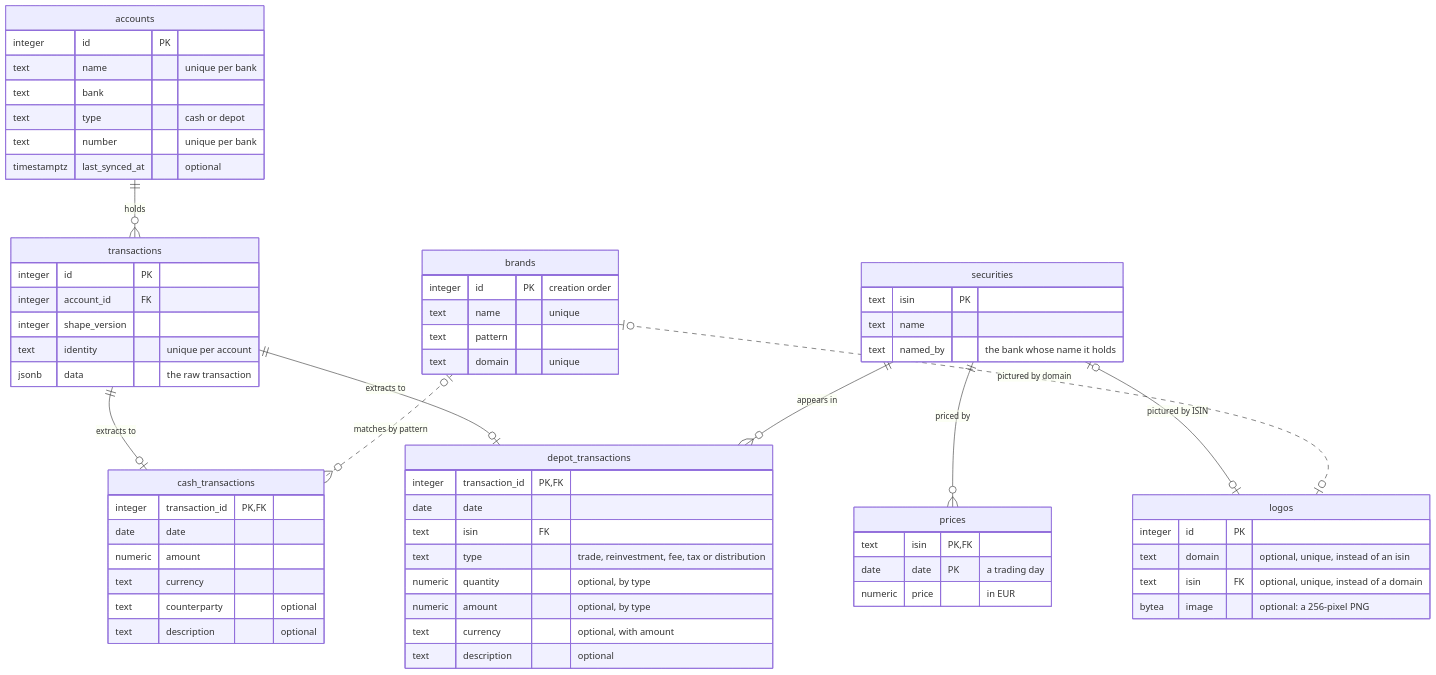
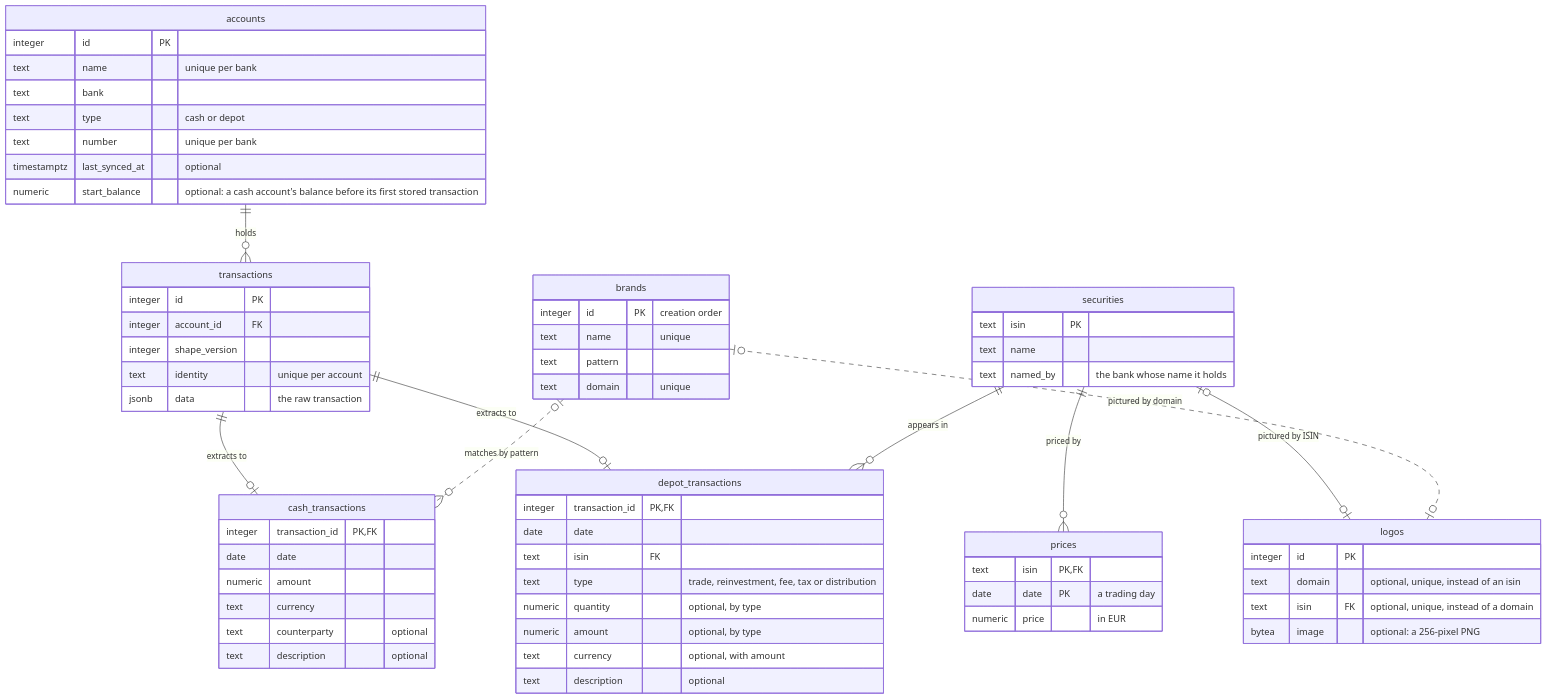
One commit to lennartmoeller/finance-tracker changed the diagram in docs/contract/data-model.md. Above: the diagram before and after it, drawn with Mermaid. The commit also changed 30 other files, not shown here.

Commit message:
feat: add Sparkasse, ING's export without Referenz and account start balances (#52)

````diff
--- a/docs/contract/data-model.md
+++ b/docs/contract/data-model.md
@@ -3,67 +3,68 @@
 ```mermaid
 erDiagram
   accounts ||--o{ transactions : "holds"
   transactions ||--o| cash_transactions : "extracts to"
   transactions ||--o| depot_transactions : "extracts to"
   securities ||--o{ depot_transactions : "appears in"
   securities ||--o{ prices : "priced by"
   securities |o--o| logos : "pictured by ISIN"
   brands |o..o| logos : "pictured by domain"
   brands |o..o{ cash_transactions : "matches by pattern"
 
   accounts {
     integer id PK
     text name "unique per bank"
     text bank
     text type "cash or depot"
     text number "unique per bank"
     timestamptz last_synced_at "optional"
+    numeric start_balance "optional: a cash account's balance before its first stored transaction"
   }
   transactions {
     integer id PK
     integer account_id FK
     integer shape_version
     text identity "unique per account"
     jsonb data "the raw transaction"
   }
   cash_transactions {
     integer transaction_id PK, FK
     date date
     numeric amount
     text currency
     text counterparty "optional"
     text description "optional"
   }
   depot_transactions {
     integer transaction_id PK, FK
     date date
     text isin FK
     text type "trade, reinvestment, fee, tax or distribution"
     numeric quantity "optional, by type"
     numeric amount "optional, by type"
     text currency "optional, with amount"
     text description "optional"
   }
   securities {
     text isin PK
     text name
     text named_by "the bank whose name it holds"
   }
   prices {
     text isin PK, FK
     date date PK "a trading day"
     numeric price "in EUR"
   }
   brands {
     integer id PK "creation order"
     text name "unique"
     text pattern
     text domain "unique"
   }
   logos {
     integer id PK
     text domain "optional, unique, instead of an isin"
     text isin FK "optional, unique, instead of a domain"
     bytea image "optional: a 256-pixel PNG"
   }
 ```
````
